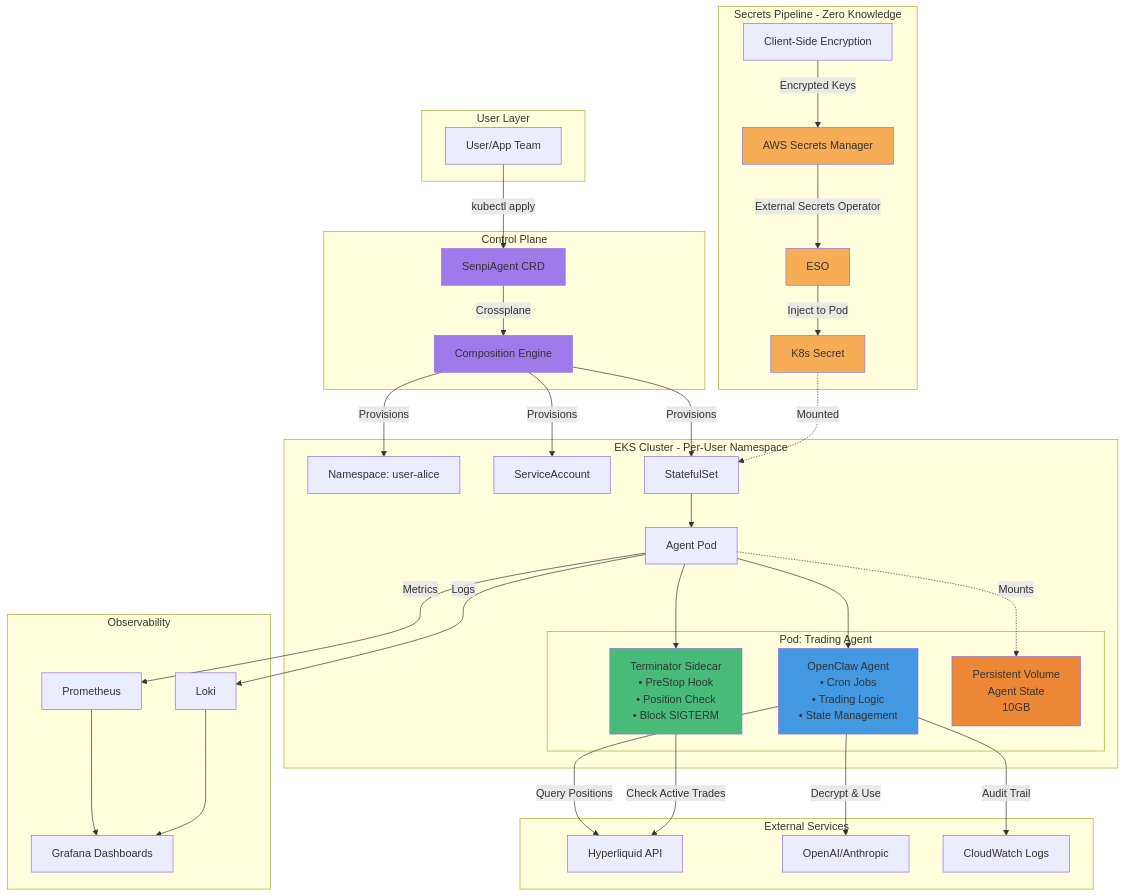
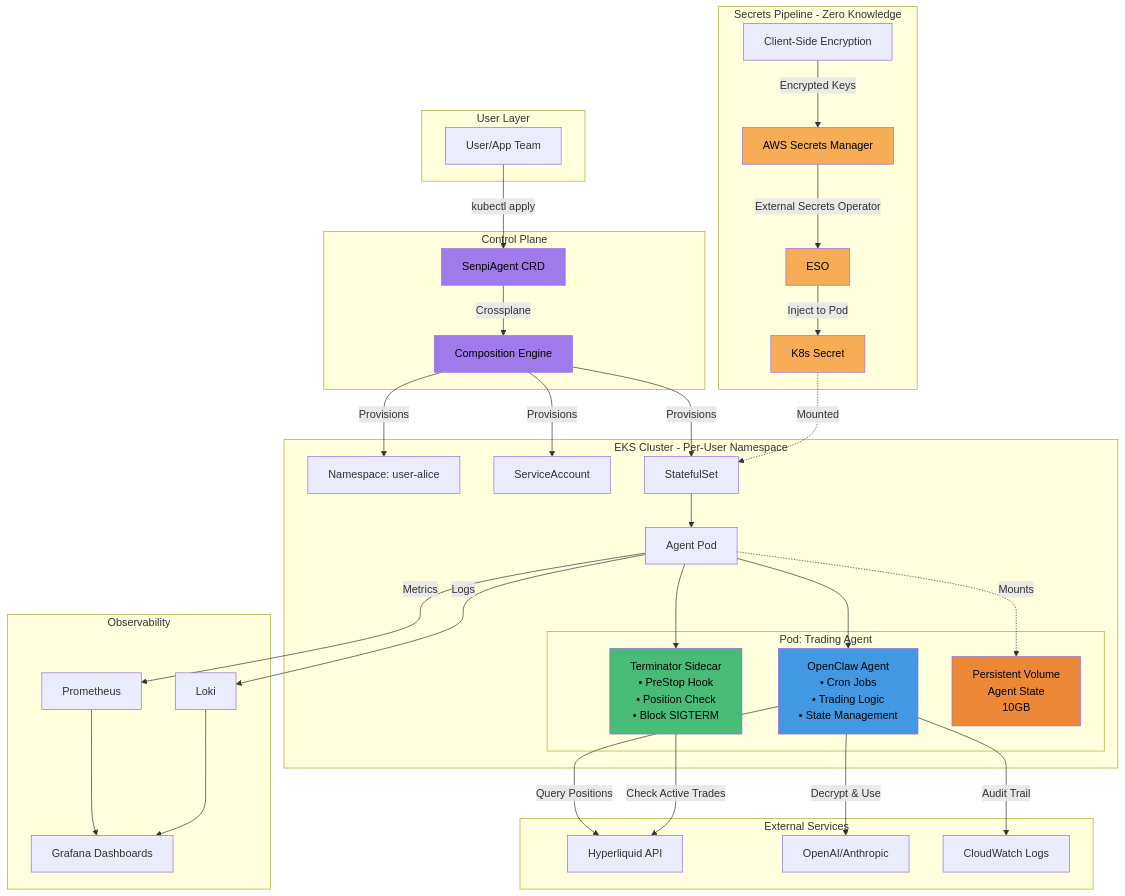
The diagram in README.md (akash202k/senpi), drawn with Mermaid before and after one commit.

Commit message:
text col

````diff
--- a/README.md
+++ b/README.md
@@ -18,60 +18,60 @@
 ```mermaid
 graph TB
     subgraph "User Layer"
         User[User/App Team]
     end
 
     subgraph "Control Plane"
         User -->|kubectl apply| CRD[SenpiAgent CRD]
         CRD -->|Crossplane| Composition[Composition Engine]
     end
 
     subgraph "Secrets Pipeline - Zero Knowledge"
         Client[Client-Side Encryption] -->|Encrypted Keys| ASM[AWS Secrets Manager]
         ASM -->|External Secrets Operator| ESO[ESO]
         ESO -->|Inject to Pod| Secret[K8s Secret]
     end
 
     subgraph "EKS Cluster - Per-User Namespace"
         Composition -->|Provisions| NS[Namespace: user-alice]
         Composition -->|Provisions| SA[ServiceAccount]
         Composition -->|Provisions| SS[StatefulSet]
         
         Secret -.->|Mounted| SS
         
         SS --> Pod[Agent Pod]
         
         subgraph "Pod: Trading Agent"
             Container[OpenClaw Agent<br/>• Cron Jobs<br/>• Trading Logic<br/>• State Management]
             Terminator[Terminator Sidecar<br/>• PreStop Hook<br/>• Position Check<br/>• Block SIGTERM]
             PV[Persistent Volume<br/>Agent State<br/>10GB]
         end
         
         Pod --> Container
         Pod --> Terminator
         Pod -.->|Mounts| PV
     end
 
     subgraph "External Services"
         Container -->|Query Positions| HL[Hyperliquid API]
         Container -->|Decrypt & Use| AI[OpenAI/Anthropic]
         Terminator -->|Check Active Trades| HL
         Container -->|Audit Trail| CloudWatch[CloudWatch Logs]
     end
 
     subgraph "Observability"
         Pod -->|Metrics| Prometheus[Prometheus]
         Pod -->|Logs| Loki[Loki]
         Prometheus --> Grafana[Grafana Dashboards]
         Loki --> Grafana
     end
 
-    style CRD fill:#9f7aea
-    style Composition fill:#9f7aea
-    style ASM fill:#f6ad55
-    style ESO fill:#f6ad55
-    style Secret fill:#f6ad55
-    style Terminator fill:#48bb78
-    style Container fill:#4299e1
-    style PV fill:#ed8936
+    style CRD fill:#9f7aea,color:#000
+    style Composition fill:#9f7aea,color:#000
+    style ASM fill:#f6ad55,color:#000
+    style ESO fill:#f6ad55,color:#000
+    style Secret fill:#f6ad55,color:#000
+    style Terminator fill:#48bb78,color:#000
+    style Container fill:#4299e1,color:#000
+    style PV fill:#ed8936,color:#000
 ```
````
